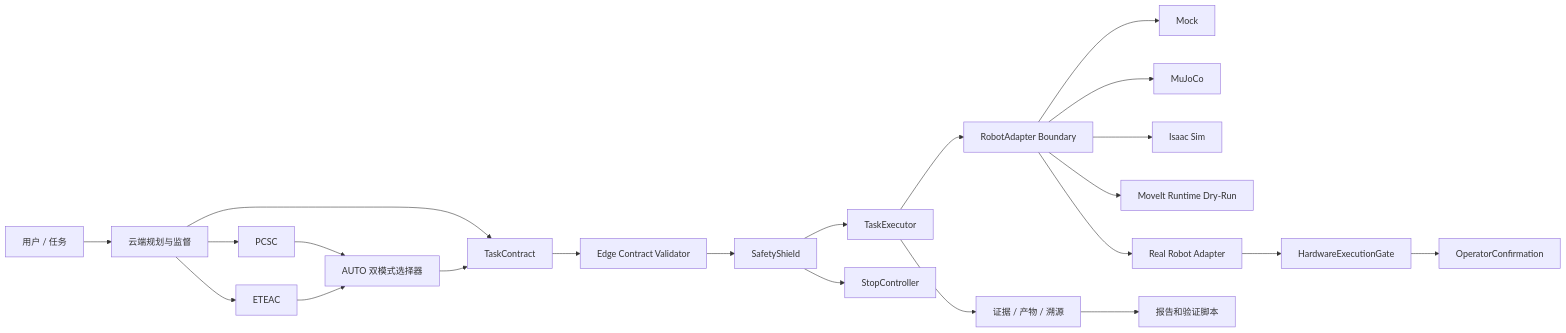
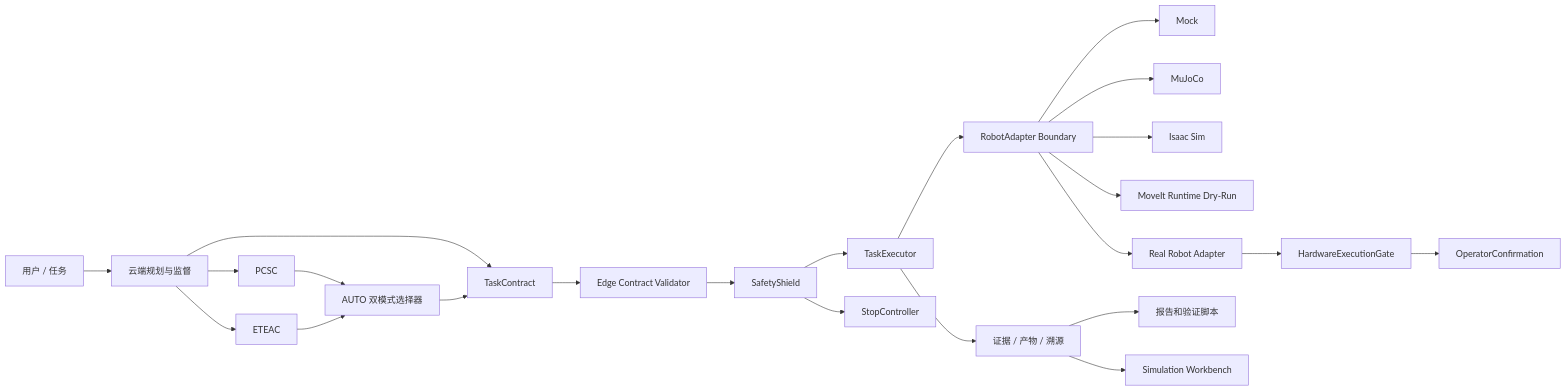
Before and after one commit to ningyd98/BIG-small: the diagram in README.md, drawn with Mermaid. The commit also changed other lines of this file and 82 other files, not shown here.

Commit message:
feat: add phase11 simulation workbench

````diff
--- a/README.md
+++ b/README.md
@@ -46,24 +48,25 @@
 ```mermaid
 flowchart LR
   User[用户 / 任务] --> Cloud[云端规划与监督]
   Cloud --> Contract[TaskContract]
   Contract --> Validator[Edge Contract Validator]
   Validator --> Shield[SafetyShield]
   Shield --> Executor[TaskExecutor]
   Executor --> Adapter[RobotAdapter Boundary]
   Adapter --> Mock[Mock]
   Adapter --> MuJoCo[MuJoCo]
   Adapter --> Isaac[Isaac Sim]
   Adapter --> MoveIt[MoveIt Runtime Dry-Run]
   Adapter --> Real[Real Robot Adapter]
   Shield --> Stop[StopController]
   Executor --> Evidence[证据 / 产物 / 溯源]
   Evidence --> Reports[报告和验证脚本]
+  Evidence --> Workbench[Simulation Workbench]
   Cloud --> PCSC[PCSC]
   Cloud --> ETEAC[ETEAC]
   PCSC --> AUTO[AUTO 双模式选择器]
   ETEAC --> AUTO
   AUTO --> Contract
   Real --> Gate[HardwareExecutionGate]
   Gate --> Operator[OperatorConfirmation]
 ```
````
